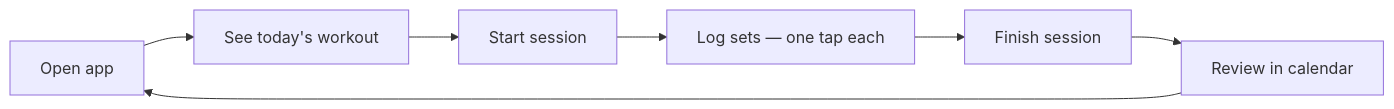
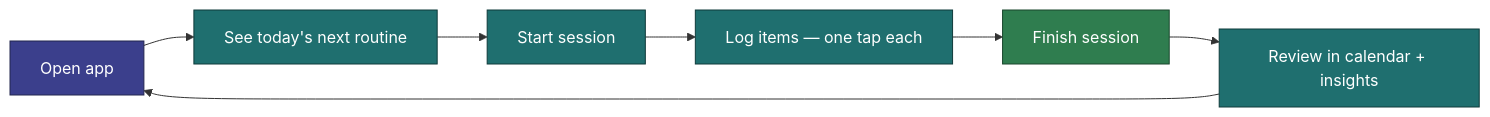
The diagram in docs/vision/north-star.md (jermbo/CosmicWorkOut), drawn with Mermaid before and after one commit. The commit also changed other lines of this file and 132 other files, not shown here.

````diff
--- a/docs/vision/north-star.md
+++ b/docs/vision/north-star.md
@@ -36,9 +37,16 @@
 ```mermaid
 flowchart LR
-    Open[Open app] --> Today[See today's workout]
+    Open[Open app] --> Today[See today's next routine]
     Today --> Start[Start session]
-    Start --> Log[Log sets — one tap each]
+    Start --> Log[Log items — one tap each]
     Log --> Finish[Finish session]
-    Finish --> History[Review in calendar]
+    Finish --> History[Review in calendar + insights]
     History --> Open
+
+    classDef entry fill:#3b3f8c,stroke:#23264f,color:#ffffff;
+    classDef step fill:#1f6f6f,stroke:#0f3a3a,color:#ffffff;
+    classDef finish fill:#2f7d4f,stroke:#1a472d,color:#ffffff;
+    class Open entry;
+    class Today,Start,Log,History step;
+    class Finish finish;
 ```
````
